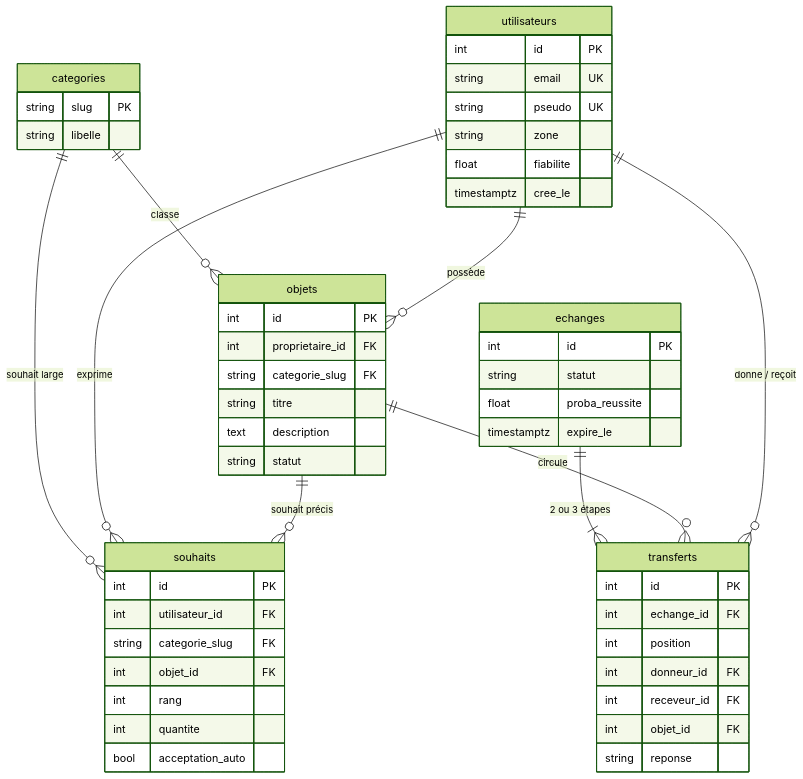
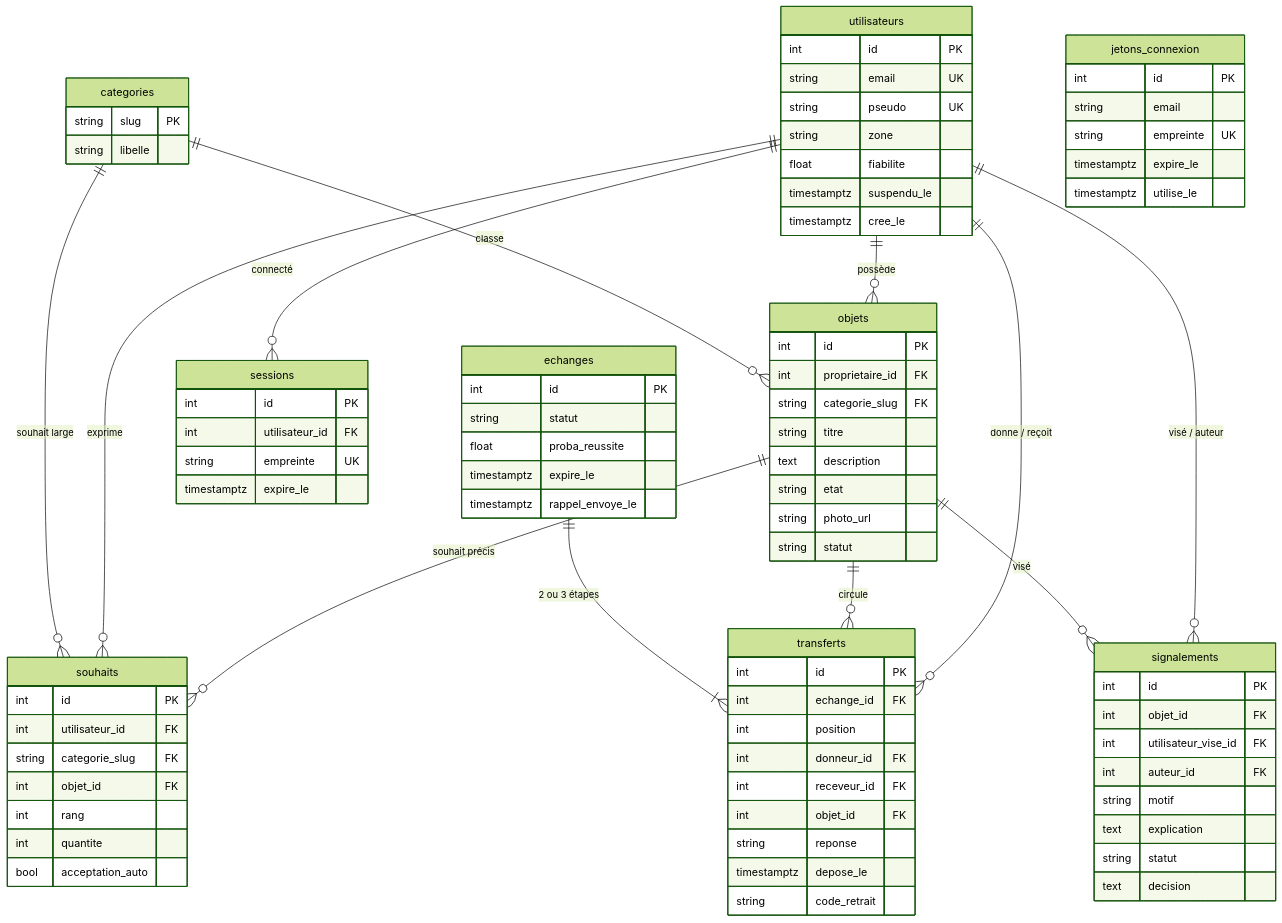
The diagram in docs/03-base-de-donnees.md (benchamply-cmyk/montroc), drawn with Mermaid (forest theme) before and after one commit. The commit also changed other lines of this file and 32 other files, not shown here.

````diff
--- a/docs/03-base-de-donnees.md
+++ b/docs/03-base-de-donnees.md
@@ -7,18 +7,24 @@
 ```mermaid
 erDiagram
     categories ||--o{ objets : "classe"
     categories ||--o{ souhaits : "souhait large"
     utilisateurs ||--o{ objets : "possède"
     utilisateurs ||--o{ souhaits : "exprime"
     objets ||--o{ souhaits : "souhait précis"
     echanges ||--|{ transferts : "2 ou 3 étapes"
     objets ||--o{ transferts : "circule"
     utilisateurs ||--o{ transferts : "donne / reçoit"
+    utilisateurs ||--o{ sessions : "connecté"
+    objets ||--o{ signalements : "visé"
+    utilisateurs ||--o{ signalements : "visé / auteur"
 
     categories { string slug PK  string libelle }
-    utilisateurs { int id PK  string email UK  string pseudo UK  string zone  float fiabilite  timestamptz cree_le }
-    objets { int id PK  int proprietaire_id FK  string categorie_slug FK  string titre  text description  string statut }
+    utilisateurs { int id PK  string email UK  string pseudo UK  string zone  float fiabilite  timestamptz suspendu_le  timestamptz cree_le }
+    objets { int id PK  int proprietaire_id FK  string categorie_slug FK  string titre  text description  string etat  string photo_url  string statut }
     souhaits { int id PK  int utilisateur_id FK  string categorie_slug FK  int objet_id FK  int rang  int quantite  bool acceptation_auto }
-    echanges { int id PK  string statut  float proba_reussite  timestamptz expire_le }
-    transferts { int id PK  int echange_id FK  int position  int donneur_id FK  int receveur_id FK  int objet_id FK  string reponse }
+    echanges { int id PK  string statut  float proba_reussite  timestamptz expire_le  timestamptz rappel_envoye_le }
+    transferts { int id PK  int echange_id FK  int position  int donneur_id FK  int receveur_id FK  int objet_id FK  string reponse  timestamptz depose_le  string code_retrait }
+    jetons_connexion { int id PK  string email  string empreinte UK  timestamptz expire_le  timestamptz utilise_le }
+    sessions { int id PK  int utilisateur_id FK  string empreinte UK  timestamptz expire_le }
+    signalements { int id PK  int objet_id FK  int utilisateur_vise_id FK  int auteur_id FK  string motif  text explication  string statut  text decision }
 ```
````
